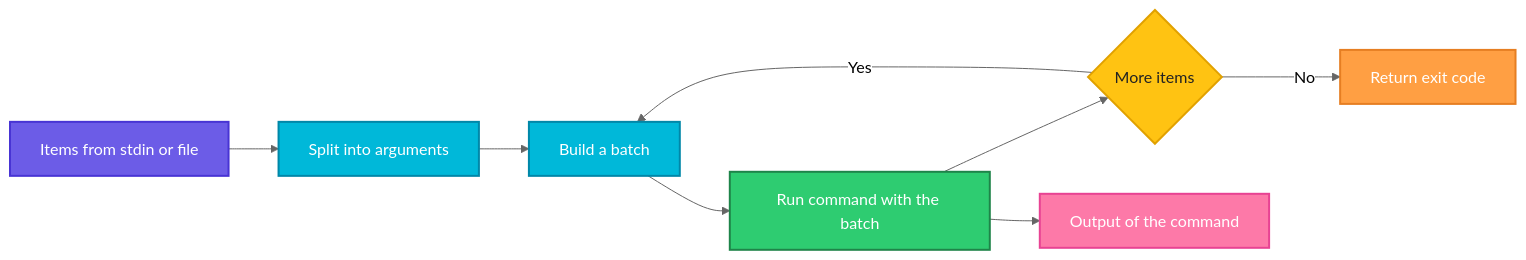
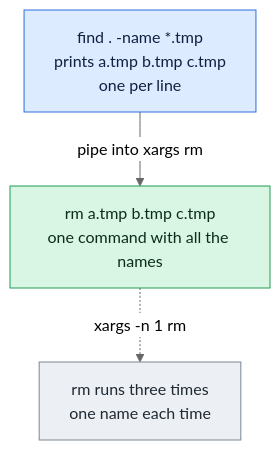
The diagram in linux/text-processing/xargs.md (codeKerdosTech/DevOps-Documentation), drawn with Mermaid (neutral theme) before and after one commit. The commit also changed other lines of this file and 165 other files, not shown here.

Commit message:
updated diagrams in linux

````diff
--- a/linux/text-processing/xargs.md
+++ b/linux/text-processing/xargs.md
@@ -17,23 +17,13 @@
 ```mermaid
-flowchart LR
-    A[Items from stdin or file] --> B[Split into arguments]
-    B --> C[Build a batch]
-    C --> D[Run command with the batch]
-    D --> E{More items}
-    E -->|Yes| C
-    E -->|No| F[Return exit code]
-    D --> G[Output of the command]
-    classDef start fill:#6C5CE7,stroke:#4834D4,stroke-width:2px,color:#fff
-    classDef proc fill:#00B8D9,stroke:#0087A8,stroke-width:2px,color:#fff
-    classDef dec fill:#FFC312,stroke:#E1A100,stroke-width:2px,color:#222
-    classDef ok fill:#2ECC71,stroke:#1E8449,stroke-width:2px,color:#fff
-    classDef err fill:#FF4757,stroke:#C0392B,stroke-width:2px,color:#fff
-    classDef out fill:#FD79A8,stroke:#E84393,stroke-width:2px,color:#fff
-    classDef alt fill:#FF9F43,stroke:#E67E22,stroke-width:2px,color:#fff
-    class A start
-    class B,C proc
-    class D ok
-    class E dec
-    class F alt
-    class G out
+flowchart TD
+    i1[find . -name *.tmp<br/>prints a.tmp  b.tmp  c.tmp<br/>one per line] -->|pipe into xargs rm| o1[rm a.tmp b.tmp c.tmp<br/>one command with all the names]
+    o1 -.->|xargs -n 1 rm| n1[rm runs three times<br/>one name each time]
+    classDef inp fill:#DCEBFF,stroke:#2F6FDE,color:#10213F
+    classDef cmd fill:#FFF0C2,stroke:#C98A00,color:#3A2A00
+    classDef out fill:#D9F5E3,stroke:#1F9D55,color:#0B2E1A
+    classDef bad fill:#FDE0E0,stroke:#D13B3B,color:#4A0F0F
+    classDef note fill:#ECEFF3,stroke:#7B8794,color:#1F2933
+    class i1 inp
+    class o1 out
+    class n1 note
 ```
````
